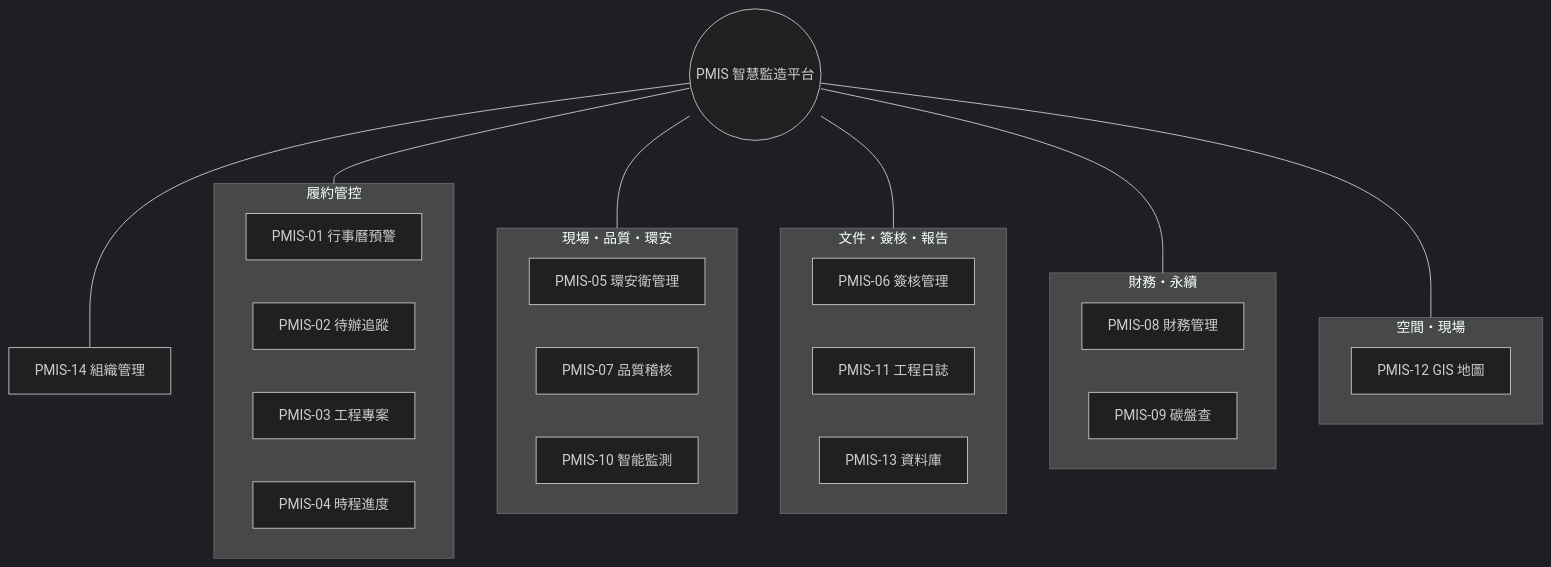
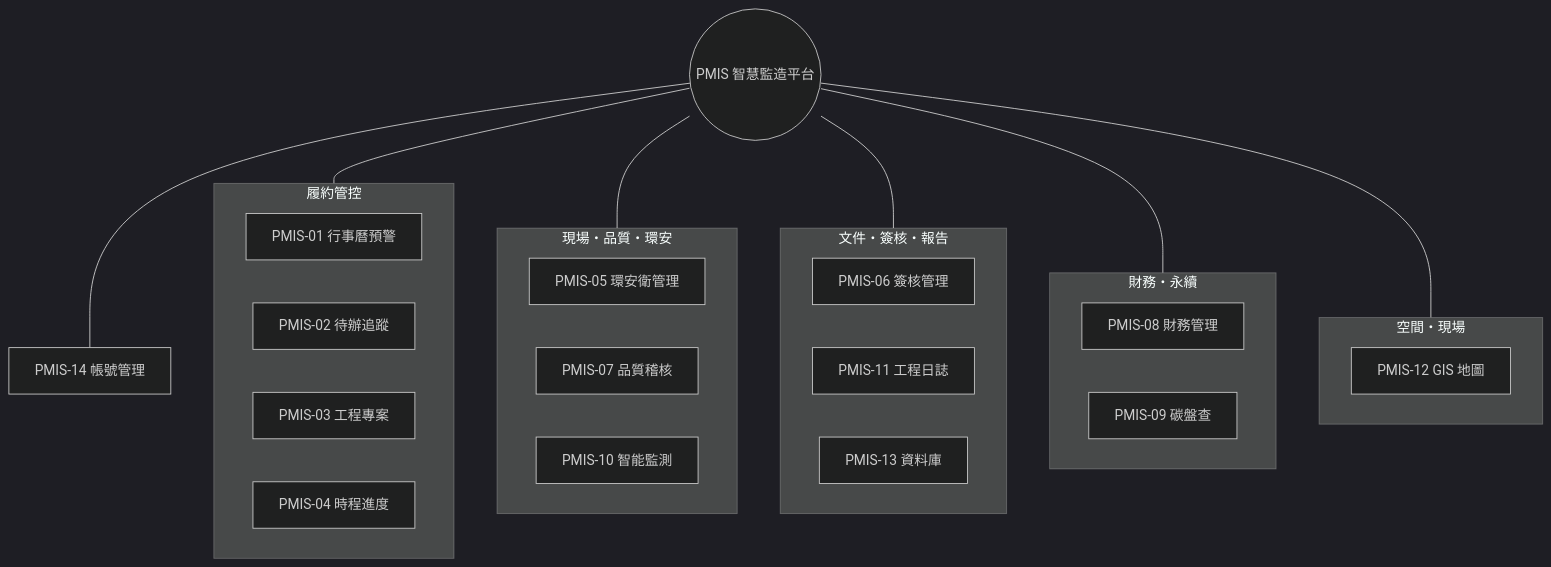
One commit to CAFECA-IO/PMIS changed the first of 2 diagrams in src/content/feature-guide.md. Above: the diagram before and after it, drawn with Mermaid (dark theme). The commit also changed other lines of this file and 56 other files, not shown here.

````diff
--- a/src/content/feature-guide.md
+++ b/src/content/feature-guide.md
@@ -7,29 +7,29 @@
 ```mermaid
 flowchart TB
   HUB(("PMIS 智慧監造平台"))
   subgraph A[履約管控]
     M1[PMIS-01 行事曆預警]
     M2[PMIS-02 待辦追蹤]
     M3[PMIS-03 工程專案]
     M4[PMIS-04 時程進度]
   end
   subgraph B[現場・品質・環安]
     M5[PMIS-05 環安衛管理]
     M7[PMIS-07 品質稽核]
     M10[PMIS-10 智能監測]
   end
   subgraph C[文件・簽核・報告]
     M6[PMIS-06 簽核管理]
     M11[PMIS-11 工程日誌]
     M13[PMIS-13 資料庫]
   end
   subgraph D[財務・永續]
     M8[PMIS-08 財務管理]
     M9[PMIS-09 碳盤查]
   end
   subgraph E[空間・現場]
     M12[PMIS-12 GIS 地圖]
   end
-  M14[PMIS-14 組織管理]
+  M14[PMIS-14 帳號管理]
   HUB --- A & B & C & D & E & M14
 ```
````
